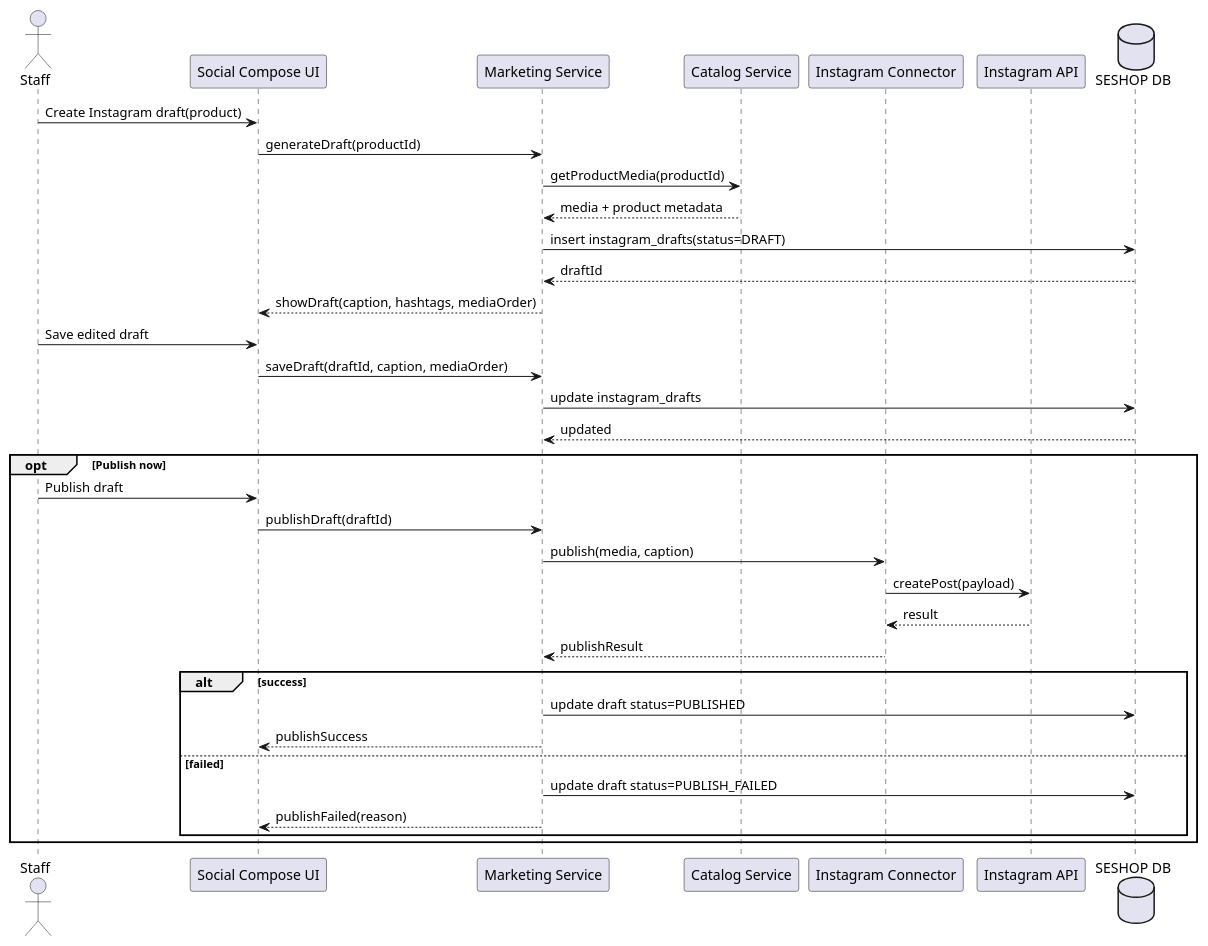
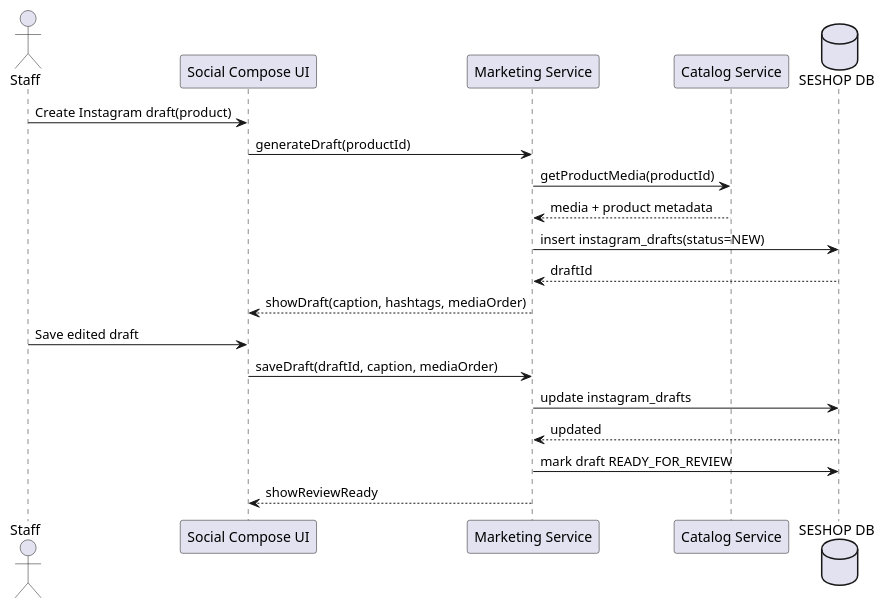
One commit to dieuxuanhien/SeShop changed the diagram in docs/2. Diagrams/sequence/instagram-draft-flow.puml. Above: the diagram before and after it, drawn with PlantUML. The commit also changed 23 other files, not shown here.

```diff
--- a/docs/2. Diagrams/sequence/instagram-draft-flow.puml
+++ b/docs/2. Diagrams/sequence/instagram-draft-flow.puml
@@ -1,38 +1,23 @@
 @startuml
 actor Staff
 participant "Social Compose UI" as UI
 participant "Marketing Service" as MS
 participant "Catalog Service" as CS
-participant "Instagram Connector" as IGC
-participant "Instagram API" as IGA
 database "SESHOP DB" as DB
 
 Staff -> UI: Create Instagram draft(product)
 UI -> MS: generateDraft(productId)
 MS -> CS: getProductMedia(productId)
 CS --> MS: media + product metadata
-MS -> DB: insert instagram_drafts(status=DRAFT)
+MS -> DB: insert instagram_drafts(status=NEW)
 DB --> MS: draftId
 MS --> UI: showDraft(caption, hashtags, mediaOrder)
 
 Staff -> UI: Save edited draft
 UI -> MS: saveDraft(draftId, caption, mediaOrder)
 MS -> DB: update instagram_drafts
 DB --> MS: updated
 
-opt Publish now
-  Staff -> UI: Publish draft
-  UI -> MS: publishDraft(draftId)
-  MS -> IGC: publish(media, caption)
-  IGC -> IGA: createPost(payload)
-  IGA --> IGC: result
-  IGC --> MS: publishResult
-  alt success
-    MS -> DB: update draft status=PUBLISHED
-    MS --> UI: publishSuccess
-  else failed
-    MS -> DB: update draft status=PUBLISH_FAILED
-    MS --> UI: publishFailed(reason)
-  end
-end
+MS -> DB: mark draft READY_FOR_REVIEW
+MS --> UI: showReviewReady
 @enduml
```
